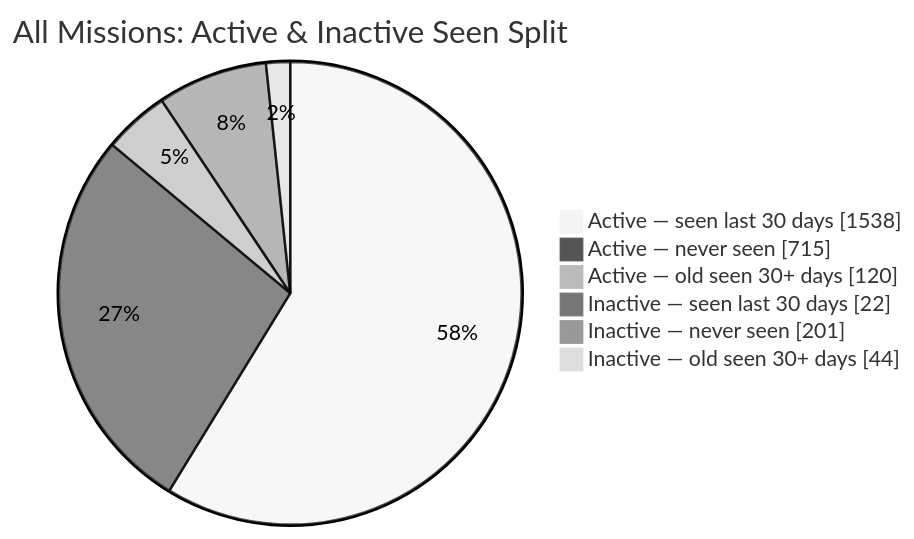
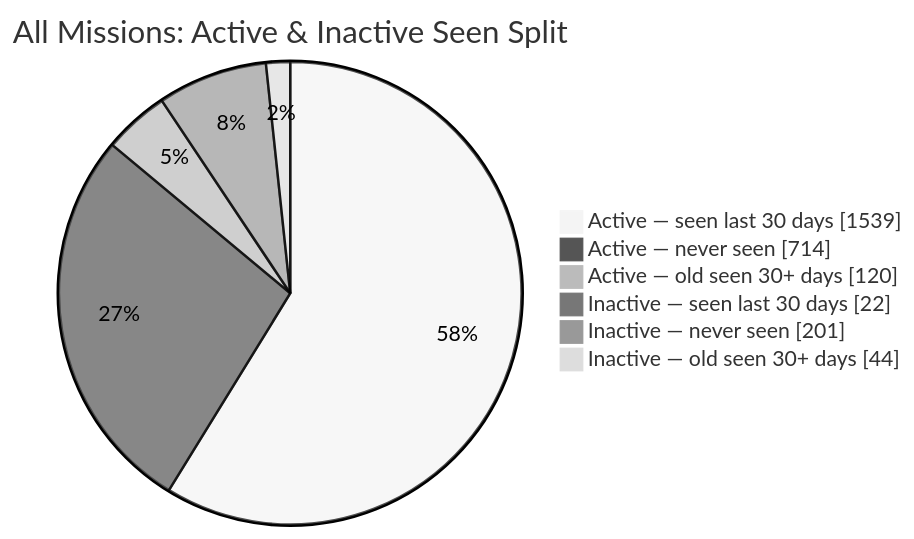
The second of 2 diagrams in README.md (MeldkamerspelGameTeam/active-missions), drawn with Mermaid (neutral theme) before and after one commit. The commit also changed other lines of this file and 2 other files, not shown here.

````diff
--- a/README.md
+++ b/README.md
@@ -44,10 +44,10 @@
 ```mermaid
 pie showData
     title All Missions: Active & Inactive Seen Split
-    "Active — seen last 30 days" : 1538
-    "Active — never seen" : 715
+    "Active — seen last 30 days" : 1539
+    "Active — never seen" : 714
     "Active — old seen 30+ days" : 120
     "Inactive — seen last 30 days" : 22
     "Inactive — never seen" : 201
     "Inactive — old seen 30+ days" : 44
 ```
````
